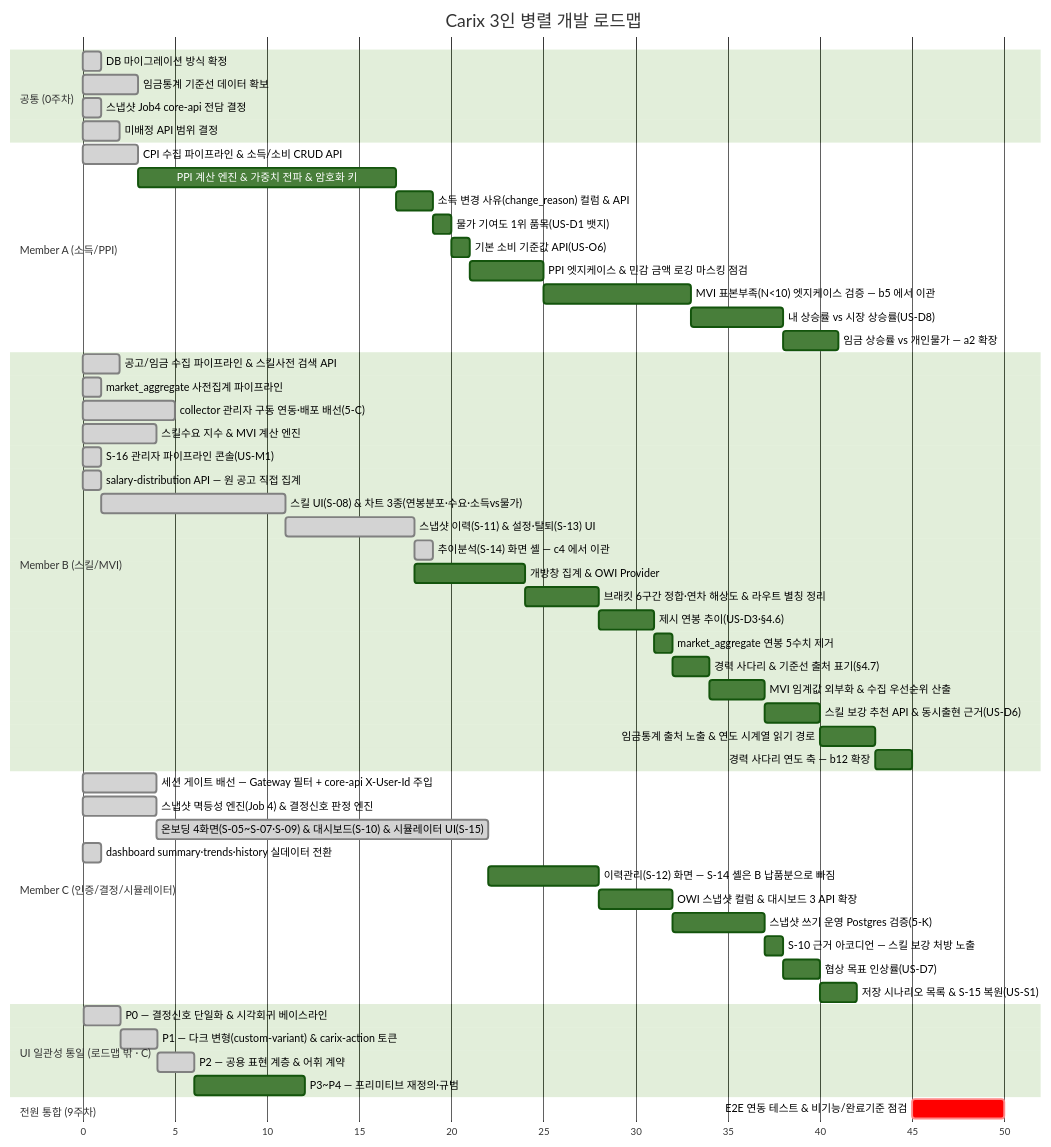
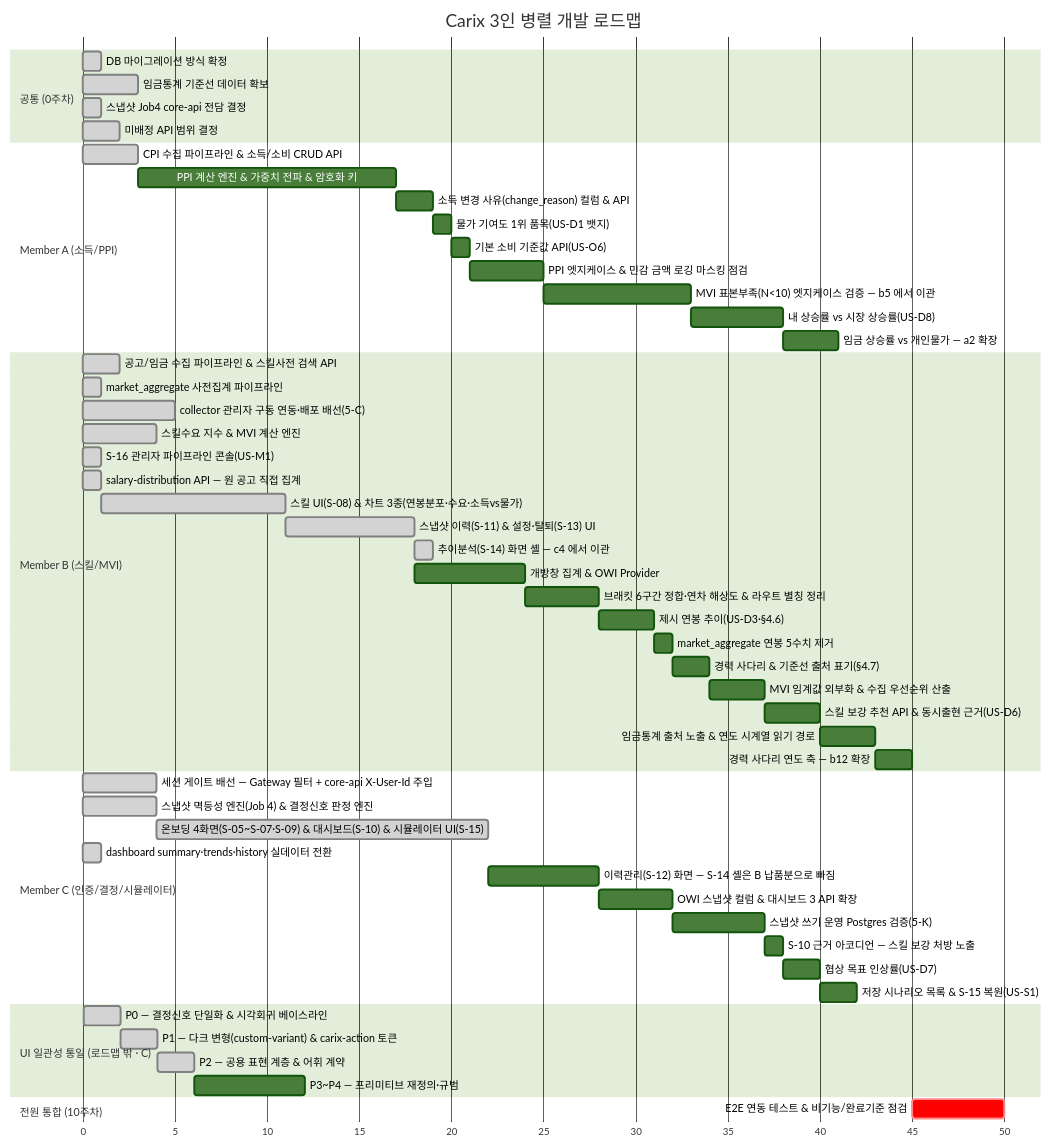
The first of 2 diagrams in docs/plans/carix-dev-plan.md (SeoHyeokGyu/Carix), drawn with Mermaid (forest theme) before and after one commit. The commit also changed other lines of this file, not shown here.

````diff
--- a/docs/plans/carix-dev-plan.md
+++ b/docs/plans/carix-dev-plan.md
@@ -74,58 +74,58 @@
 ```mermaid
 gantt
     title Carix 3인 병렬 개발 로드맵
     dateFormat X
     axisFormat %s
     section 공통 (0주차)
     DB 마이그레이션 방식 확정 :done, c0a, 0, 1s
     임금통계 기준선 데이터 확보 :done, a0, 3, 3s
     스냅샷 Job4 core-api 전담 결정 :done, i0, 7, 1s
     미배정 API 범위 결정 :done, c0, 7, 2s
     section Member A (소득/PPI)
     CPI 수집 파이프라인 & 소득/소비 CRUD API :done, a1, 12, 3s
     PPI 계산 엔진 & 가중치 전파 & 암호화 키 :a2, after a1, 14s
     소득 변경 사유(change_reason) 컬럼 & API :a4, after a2, 2s
     물가 기여도 1위 품목(US-D1 뱃지) :a5, after a4, 1s
     기본 소비 기준값 API(US-O6) :a6, after a5, 1s
     PPI 엣지케이스 & 민감 금액 로깅 마스킹 점검 :a7, after a6, 4s
     MVI 표본부족(N<10) 엣지케이스 검증 — b5 에서 이관 :a8, after a7, 8s
     내 상승률 vs 시장 상승률(US-D8) :a9, after a8, 5s
     임금 상승률 vs 개인물가 — a2 확장 :a10, after a9, 3s
     section Member B (스킬/MVI)
     공고/임금 수집 파이프라인 & 스킬사전 검색 API :done, b1, 2, 2s
     market_aggregate 사전집계 파이프라인 :done, b2a, 3, 1s
     collector 관리자 구동 연동·배포 배선(5-C) :done, b0, 7, 5s
     스킬수요 지수 & MVI 계산 엔진 :done, b2, 8, 4s
     S-16 관리자 파이프라인 콘솔(US-M1) :done, b16, 14, 1s
     salary-distribution API — 원 공고 직접 집계 :done, b3a, 15, 1s
     스킬 UI(S-08) & 차트 3종(연봉분포·수요·소득vs물가) :done, b3, after b3a, 10s
     스냅샷 이력(S-11) & 설정·탈퇴(S-13) UI :done, b4, after b3, 7s
     추이분석(S-14) 화면 셸 — c4 에서 이관 :done, b4a, after b4, 1s
     개방창 집계 & OWI Provider :b6, after b4, 6s
     브래킷 6구간 정합·연차 해상도 & 라우트 별칭 정리 :b7, after b6, 4s
     제시 연봉 추이(US-D3·§4.6) :b10, after b7, 3s
     market_aggregate 연봉 5수치 제거 :b11, after b10, 1s
     경력 사다리 & 기준선 출처 표기(§4.7) :b12, after b11, 2s
     MVI 임계값 외부화 & 수집 우선순위 산출 :b8, after b12, 3s
     스킬 보강 추천 API & 동시출현 근거(US-D6) :b9, after b8, 3s
     임금통계 출처 노출 & 연도 시계열 읽기 경로 :b13, after b9, 3s
     경력 사다리 연도 축 — b12 확장 :b14, after b13, 2s
     section Member C (인증/결정/시뮬레이터)
     세션 게이트 배선 — Gateway 필터 + core-api X-User-Id 주입 :done, c0b, 7, 4s
     스냅샷 멱등성 엔진(Job 4) & 결정신호 판정 엔진 :done, c2, 8, 4s
     온보딩 4화면(S-05~S-07·S-09) & 대시보드(S-10) & 시뮬레이터 UI(S-15) :done, c3, after c2, 18s
     dashboard summary·trends·history 실데이터 전환 :done, c4a, 15, 1s
     이력관리(S-12) 화면 — S-14 셸은 B 납품분으로 빠짐 :c4, after c3, 6s
     OWI 스냅샷 컬럼 & 대시보드 3 API 확장 :c6, after c4, 4s
     스냅샷 쓰기 운영 Postgres 검증(5-K) :c5, after c6, 5s
     S-10 근거 아코디언 — 스킬 보강 처방 노출 :c7, after c5, 1s
     협상 목표 인상률(US-D7) :c8, after c7, 2s
     저장 시나리오 목록 & S-15 복원(US-S1) :c9, after c8, 2s
     section UI 일관성 통일 (로드맵 밖 · C)
     P0 — 결정신호 단일화 & 시각회귀 베이스라인 :done, ui0, 33, 2s
     P1 — 다크 변형(custom-variant) & carix-action 토큰 :done, ui1, after ui0, 2s
     P2 — 공용 표현 계층 & 어휘 계약 :done, ui2, after ui1, 2s
     P3~P4 — 프리미티브 재정의·규범 :ui3, after ui2, 6s
-    section 전원 통합 (9주차)
+    section 전원 통합 (10주차)
     E2E 연동 테스트 & 비기능/완료기준 점검 :crit, e2e, after a10 b14 c9, 5s
 ```
````
